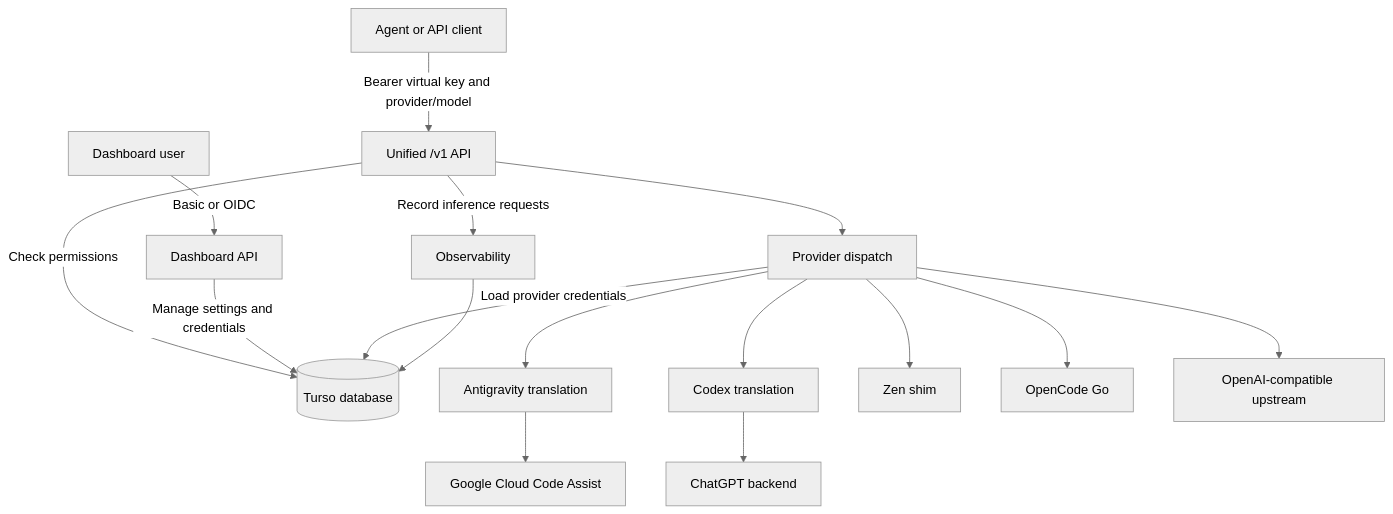
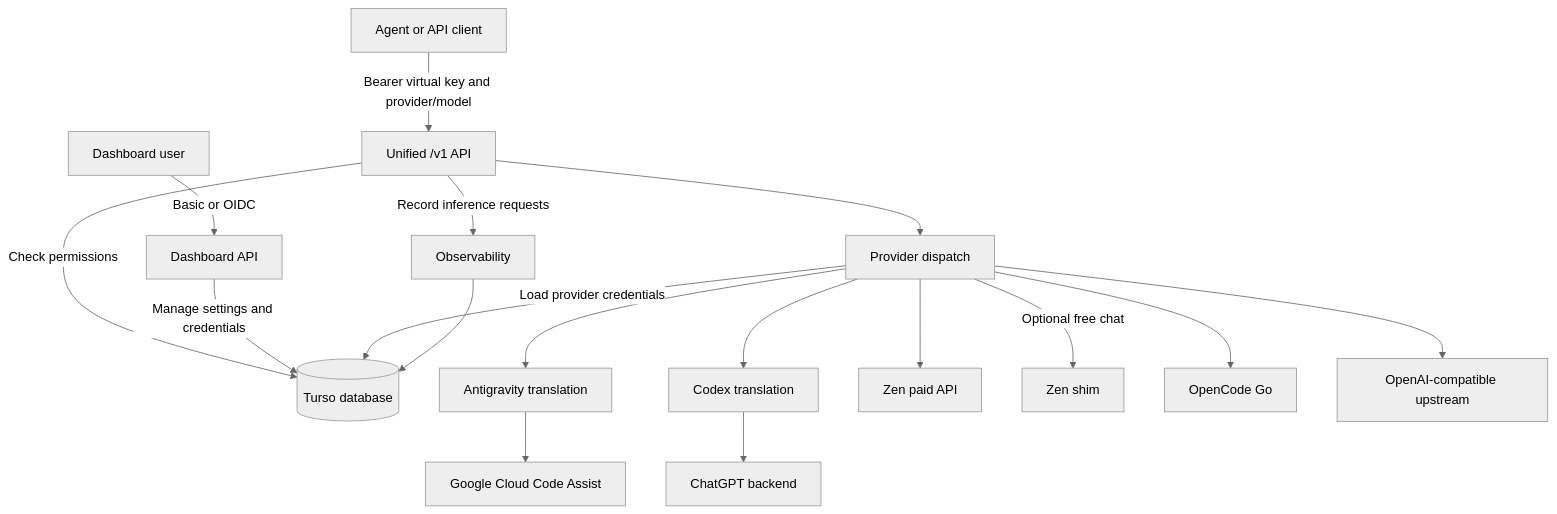
One commit to Delnegend/zero-g changed the diagram in docs/architecture.md. Above: the diagram before and after it, drawn with Mermaid (neutral theme). The commit also changed other lines of this file and 14 other files, not shown here.

First line of the commit message:
feat(zen): add opt-in free models and direct forwarding

````diff
--- a/docs/architecture.md
+++ b/docs/architecture.md
@@ -7,18 +7,19 @@
 ```mermaid
 flowchart TD
     Agent[Agent or API client] -->|Bearer virtual key and provider/model| API[Unified /v1 API]
     Browser[Dashboard user] -->|Basic or OIDC| Dashboard[Dashboard API]
     API -->|Check permissions| DB[(Turso database)]
     Dashboard -->|Manage settings and credentials| DB
     API --> Router[Provider dispatch]
     Router -->|Load provider credentials| DB
     Router --> AGY[Antigravity translation]
     Router --> Codex[Codex translation]
-    Router --> Zen[Zen shim]
+    Router --> Zen[Zen paid API]
+    Router -->|Optional free chat| Shim[Zen shim]
     Router --> Go[OpenCode Go]
     Router --> Custom[OpenAI-compatible upstream]
     AGY --> Google[Google Cloud Code Assist]
     Codex --> OpenAI[ChatGPT backend]
     API -->|Record inference requests| Logs[Observability]
     Logs --> DB
 ```
````
